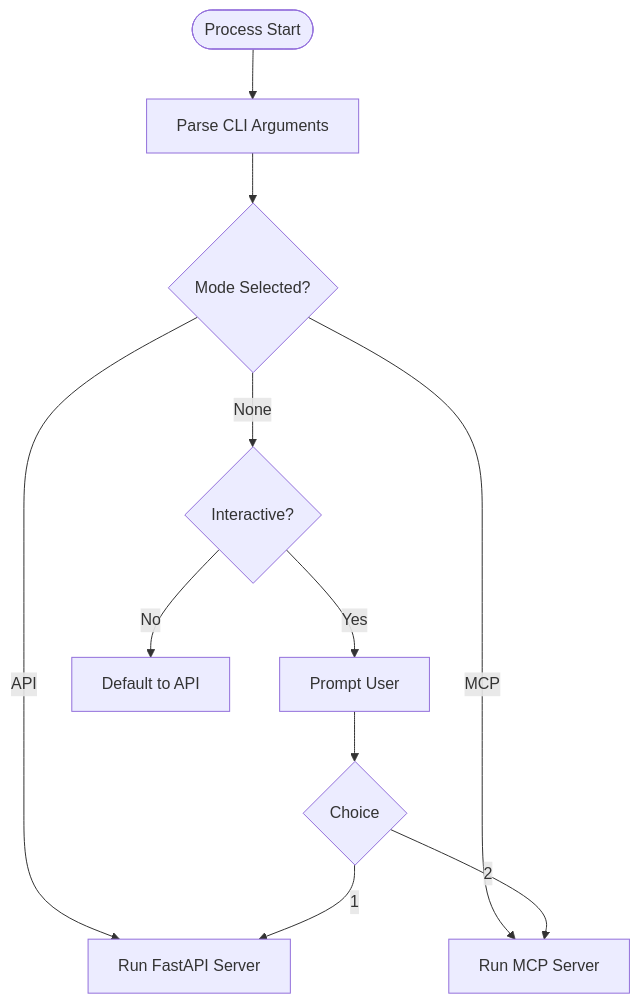
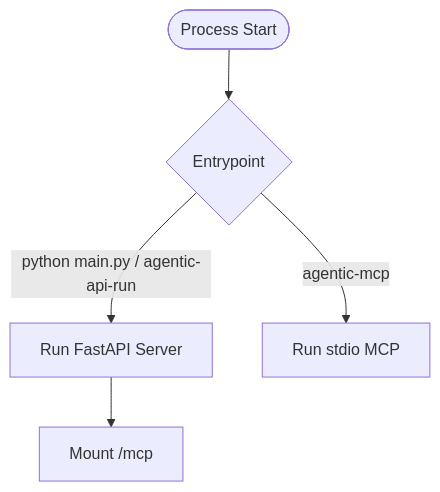
Before and after one commit to tashifkhan/tashif.codes: the third of 10 diagrams in src/data/docs/agentic-browser/System Architecture/Overall System Design.md, drawn with Mermaid. The commit also changed other lines of this file and 2128 other files, not shown here.

First line of the commit message:
docs: replace raster diagram images with native Mermaid across project guides

````diff
--- a/src/data/docs/agentic-browser/System Architecture/Overall System Design.md
+++ b/src/data/docs/agentic-browser/System Architecture/Overall System Design.md
@@ -97,13 +97,7 @@
 ```mermaid
 flowchart TD
-Start(["Process Start"]) --> ParseArgs["Parse CLI Arguments"]
-ParseArgs --> Mode{"Mode Selected?"}
-Mode --> |API| RunAPI["Run FastAPI Server"]
-Mode --> |MCP| RunMCP["Run MCP Server"]
-Mode --> |None| Interactive{"Interactive?"}
-Interactive --> |Yes| Prompt["Prompt User"]
-Interactive --> |No| DefaultAPI["Default to API"]
-Prompt --> Choice{"Choice"}
-Choice --> |1| RunAPI
-Choice --> |2| RunMCP
+Start(["Process Start"]) --> Choose{"Entrypoint"}
+Choose --> |python main.py / agentic-api-run| RunAPI["Run FastAPI Server"]
+Choose --> |agentic-mcp| RunMCP["Run stdio MCP"]
+RunAPI --> Mount["Mount /mcp"]
 ```
````
